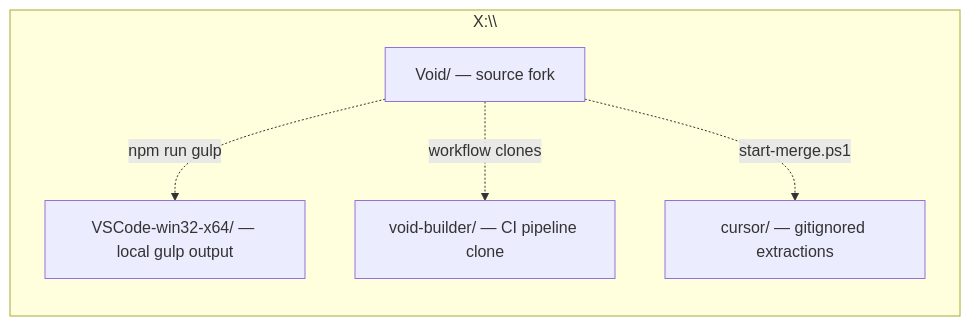
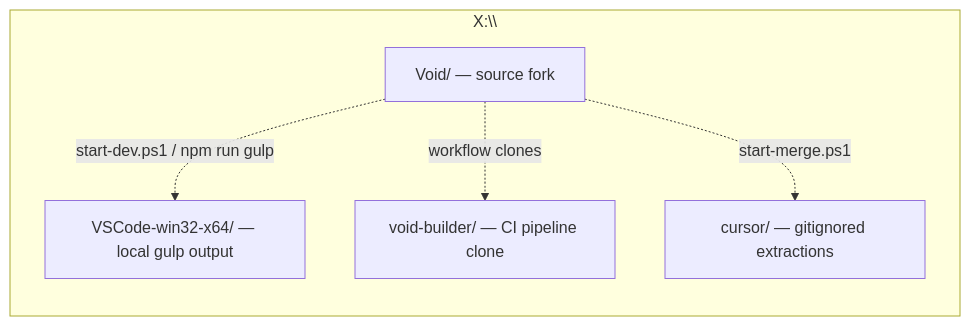
One commit to agnisadhak01/void changed the second of 2 diagrams in docs/INDEX.md. Above: the diagram before and after it, drawn with Mermaid. The commit also changed other lines of this file and 8 other files, not shown here.

Commit message:
Update documentation to emphasize the use of `scripts/start-dev.ps1` for Windows development. Enhance clarity in HOW_TO_CONTRIBUTE, README, and BUILD files regarding the development workflow, including quick start commands and script references for building and launching the Void application.

````diff
--- a/docs/INDEX.md
+++ b/docs/INDEX.md
@@ -75,13 +75,13 @@
 ```mermaid
 graph LR
   subgraph X_drive["X:\\"]
     VOID["Void/ — source fork"]
     BUILDER["void-builder/ — CI pipeline clone"]
     OUTPUT["VSCode-win32-x64/ — local gulp output"]
     CURSOR_DIR["cursor/ — gitignored extractions"]
   end
 
-  VOID -.->|npm run gulp| OUTPUT
+  VOID -.->|start-dev.ps1 / npm run gulp| OUTPUT
   VOID -.->|workflow clones| BUILDER
   VOID -.->|start-merge.ps1| CURSOR_DIR
 ```
````
